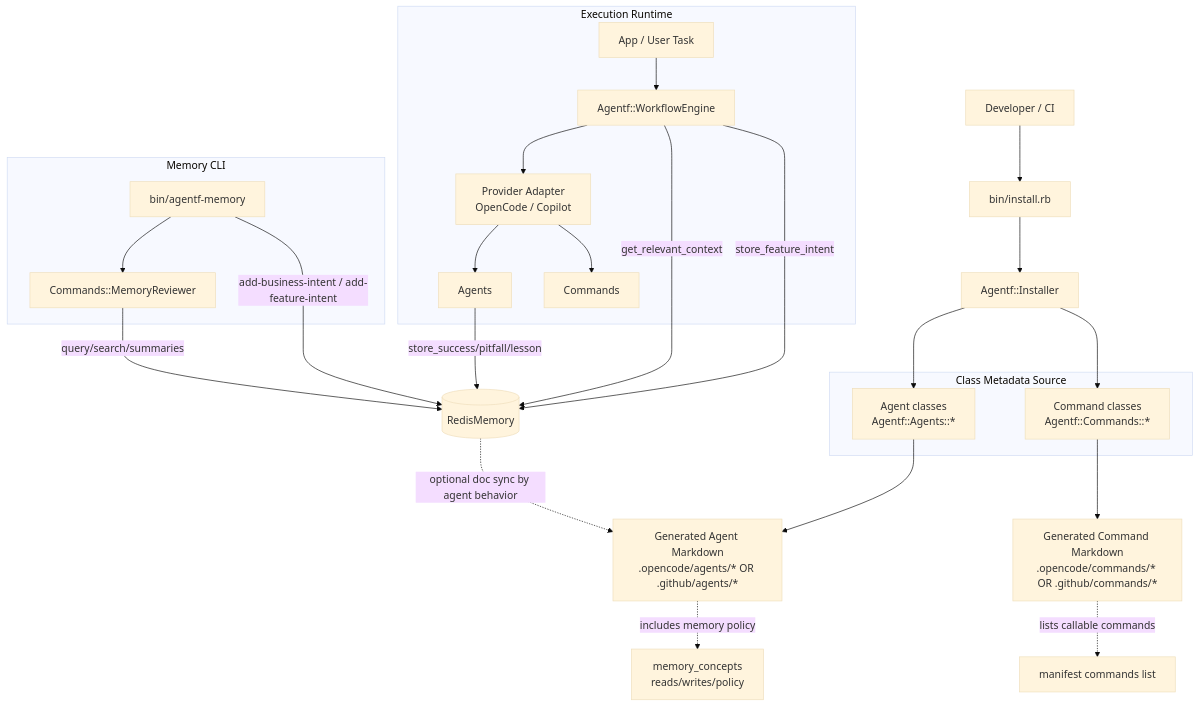
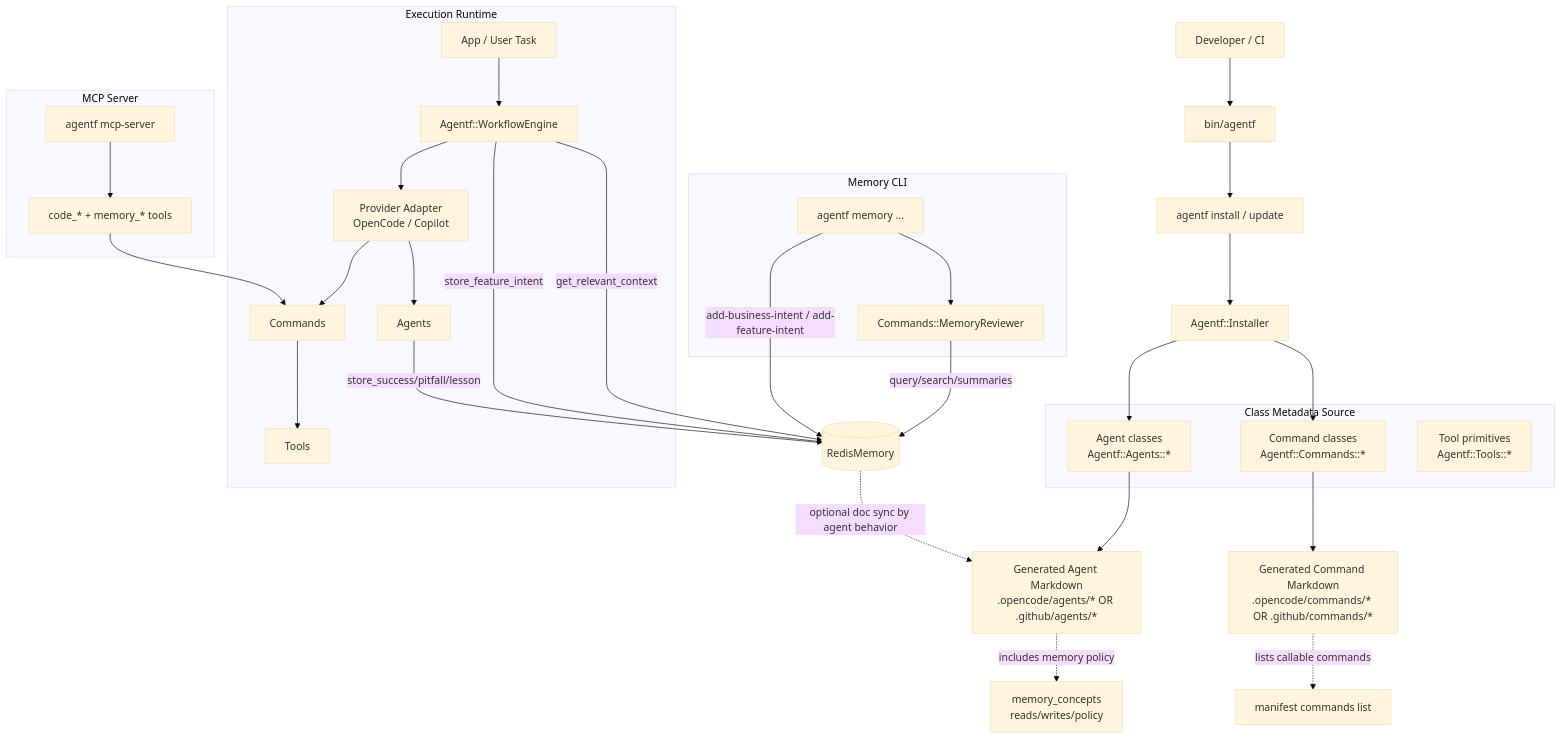
The diagram in flowchart.mmd (nealdeters/agentf), drawn with Mermaid (base theme) before and after one commit. The commit also changed 58 other files, not shown here.

Commit message:
converted tool to cli

```diff
--- a/flowchart.mmd
+++ b/flowchart.mmd
@@ -1,51 +1,64 @@
 flowchart TD
-  U[Developer / CI] --> ICLI[bin/install.rb]
+  U[Developer / CI] --> CLI[bin/agentf]
+  CLI --> ICLI[agentf install / update]
   ICLI --> INS[Agentf::Installer]
 
   subgraph Source[Class Metadata Source]
     A[Agent classes
 Agentf::Agents::*]
     C[Command classes
 Agentf::Commands::*]
+    T[Tool primitives
+Agentf::Tools::*]
   end
 
   INS --> A
   INS --> C
 
   A --> AMD[Generated Agent Markdown
 .opencode/agents/* OR .github/agents/*]
   C --> CMD[Generated Command Markdown
 .opencode/commands/* OR .github/commands/*]
 
   AMD -.includes memory policy.-> MEMMETA[memory_concepts
 reads/writes/policy]
   CMD -.lists callable commands.-> CMETA[manifest commands list]
 
   subgraph Runtime[Execution Runtime]
     APP[App / User Task]
     WF[Agentf::WorkflowEngine]
     P[Provider Adapter
 OpenCode / Copilot]
     AG[Agents]
     COM[Commands]
+    TOOLS[Tools]
   end
 
   APP --> WF
   WF --> P
   P --> AG
   P --> COM
+  COM --> TOOLS
 
   WF -->|get_relevant_context| REDIS[(RedisMemory)]
   WF -->|store_feature_intent| REDIS
   AG -->|store_success/pitfall/lesson| REDIS
 
   subgraph MemoryCLI[Memory CLI]
-    MCLI[bin/agentf-memory]
+    MCLI[agentf memory ...]
     MR[Commands::MemoryReviewer]
   end
 
   MCLI --> MR
   MR -->|query/search/summaries| REDIS
   MCLI -->|add-business-intent / add-feature-intent| REDIS
 
+  subgraph MCP[MCP Server]
+    MS[agentf mcp-server]
+    MTOOLS[code_* + memory_* tools]
+  end
+
+  MS --> MTOOLS
+  MTOOLS --> COM
+
   REDIS -.optional doc sync by agent behavior.-> AMD
```
